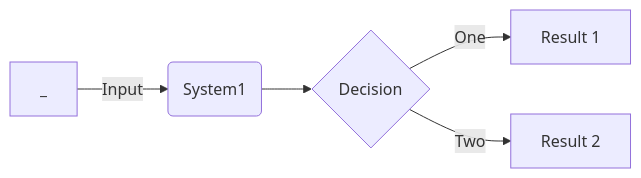
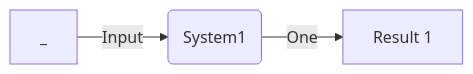
The third of 3 diagrams in signal-processing/kutz/5/README.md (setrar/dsp), drawn with Mermaid before and after one commit.

````diff
--- a/signal-processing/kutz/5/README.md
+++ b/signal-processing/kutz/5/README.md
@@ -54,8 +54,6 @@
 ```mermaid
 flowchart LR
 
-_ -->|Input| B(System1)
-B --> C{Decision}
+_ -->|Input| C(System1)
 C -->|One| D[Result 1]
-C -->|Two| E[Result 2]
 ```
````
